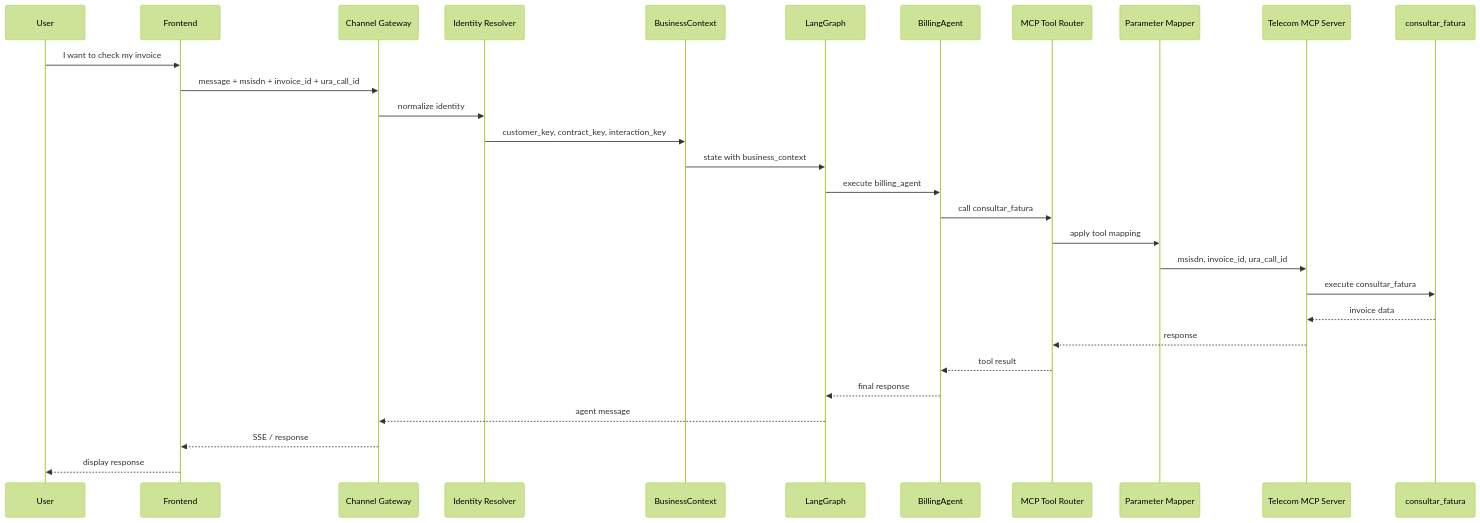
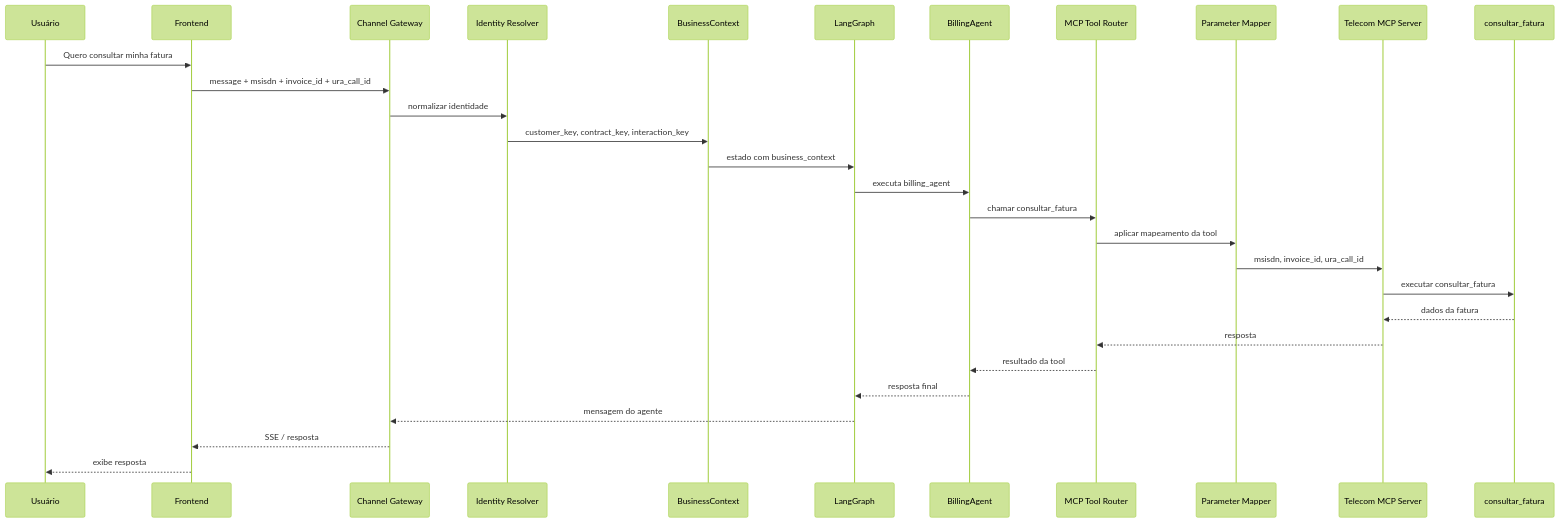
The eighth of 8 diagrams in README.md (hoshikawa2/agent_framework_oci_2), drawn with Mermaid (forest theme) before and after one commit. The commit also changed other lines of this file and 227 other files, not shown here.

````diff
--- a/README.md
+++ b/README.md
@@ -4883,32 +4899,32 @@
 ```mermaid
 sequenceDiagram
-participant User as User
-participant FE as Frontend
-participant GW as Channel Gateway
-participant ID as Identity Resolver
-participant BC as BusinessContext
-participant LG as LangGraph
-participant AG as BillingAgent
-participant TR as MCP Tool Router
-participant MP as Parameter Mapper
-participant MCP as Telecom MCP Server
-participant Tool as consultar_fatura
+    participant User as Usuário
+    participant FE as Frontend
+    participant GW as Channel Gateway
+    participant ID as Identity Resolver
+    participant BC as BusinessContext
+    participant LG as LangGraph
+    participant AG as BillingAgent
+    participant TR as MCP Tool Router
+    participant MP as Parameter Mapper
+    participant MCP as Telecom MCP Server
+    participant Tool as consultar_fatura
 
-    User->>FE: I want to check my invoice
+    User->>FE: Quero consultar minha fatura
     FE->>GW: message + msisdn + invoice_id + ura_call_id
-    GW->>ID: normalize identity
+    GW->>ID: normalizar identidade
     ID->>BC: customer_key, contract_key, interaction_key
-    BC->>LG: state with business_context
-    LG->>AG: execute billing_agent
-    AG->>TR: call consultar_fatura
-    TR->>MP: apply tool mapping
+    BC->>LG: estado com business_context
+    LG->>AG: executa billing_agent
+    AG->>TR: chamar consultar_fatura
+    TR->>MP: aplicar mapeamento da tool
     MP->>MCP: msisdn, invoice_id, ura_call_id
-    MCP->>Tool: execute consultar_fatura
-    Tool-->>MCP: invoice data
-    MCP-->>TR: response
-    TR-->>AG: tool result
-    AG-->>LG: final response
-    LG-->>GW: agent message
-    GW-->>FE: SSE / response
-    FE-->>User: display response
+    MCP->>Tool: executar consultar_fatura
+    Tool-->>MCP: dados da fatura
+    MCP-->>TR: resposta
+    TR-->>AG: resultado da tool
+    AG-->>LG: resposta final
+    LG-->>GW: mensagem do agente
+    GW-->>FE: SSE / resposta
+    FE-->>User: exibe resposta
 ```
````
